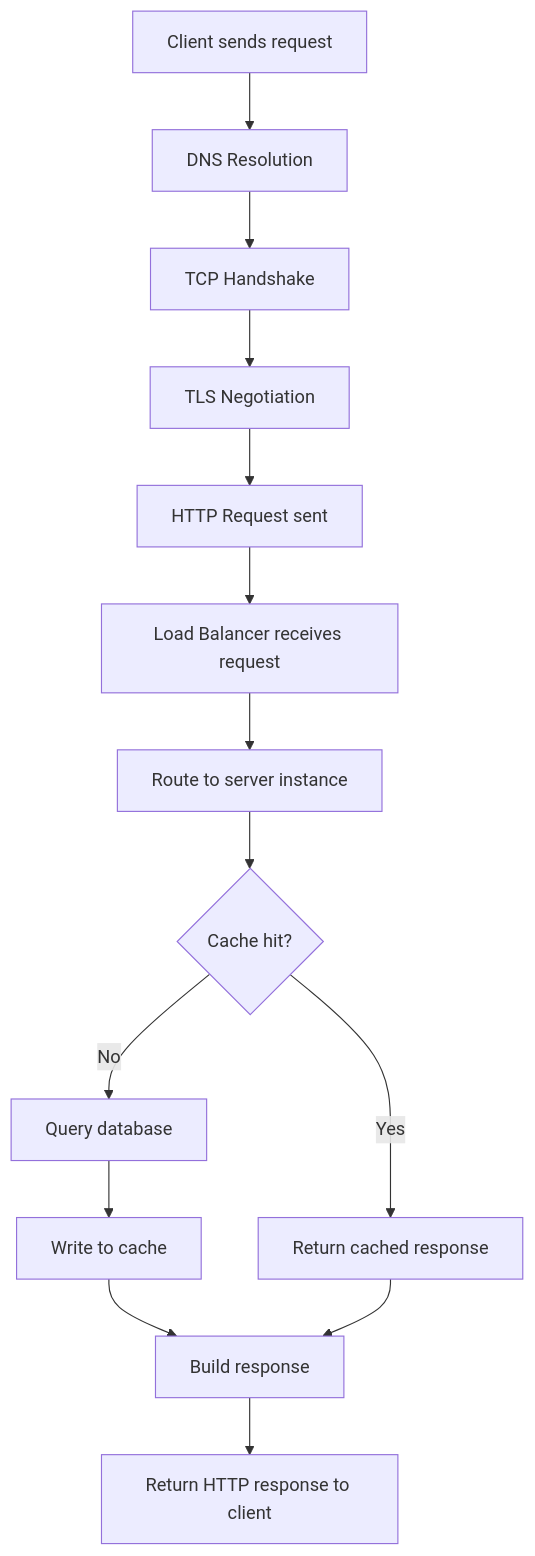
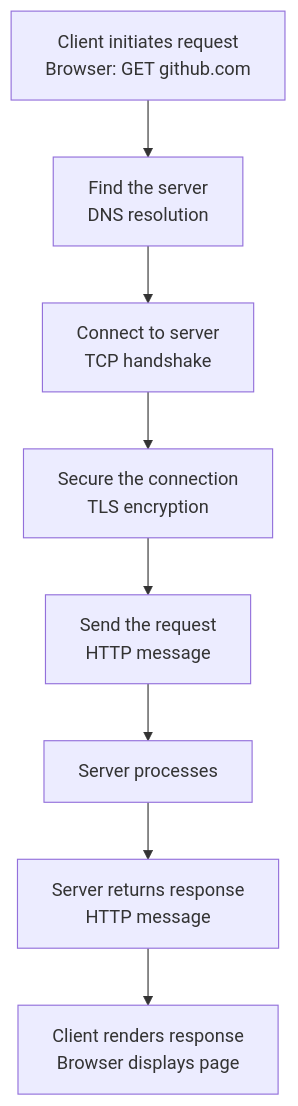
The second of 2 diagrams in 01-introduction/01-networking-foundations/01-client-servel-model/README.md (muhammedsiinanmp/system-design-mastery), drawn with Mermaid before and after one commit. The commit also changed other lines of this file and 3 other files, not shown here.

````diff
--- a/01-introduction/01-networking-foundations/01-client-servel-model/README.md
+++ b/01-introduction/01-networking-foundations/01-client-servel-model/README.md
@@ -344,16 +262,10 @@
 ```mermaid
 flowchart TD
-    A[Client sends request] --> B[DNS Resolution]
-    B --> C[TCP Handshake]
-    C --> D[TLS Negotiation]
-    D --> E[HTTP Request sent]
-    E --> F[Load Balancer receives request]
-    F --> G[Route to server instance]
-    G --> H{Cache hit?}
-    H -- Yes --> I[Return cached response]
-    H -- No --> J[Query database]
-    J --> K[Write to cache]
-    K --> L[Build response]
-    I --> L
-    L --> M[Return HTTP response to client]
+    A["Client initiates request<br/>Browser: GET github.com"] --> B["Find the server<br/>DNS resolution"]
+    B --> C["Connect to server<br/>TCP handshake"]
+    C --> D["Secure the connection<br/>TLS encryption"]
+    D --> E["Send the request<br/>HTTP message"]
+    E --> F["Server processes"]
+    F --> G["Server returns response<br/>HTTP message"]
+    G --> H["Client renders response<br/>Browser displays page"]
 ```
````
